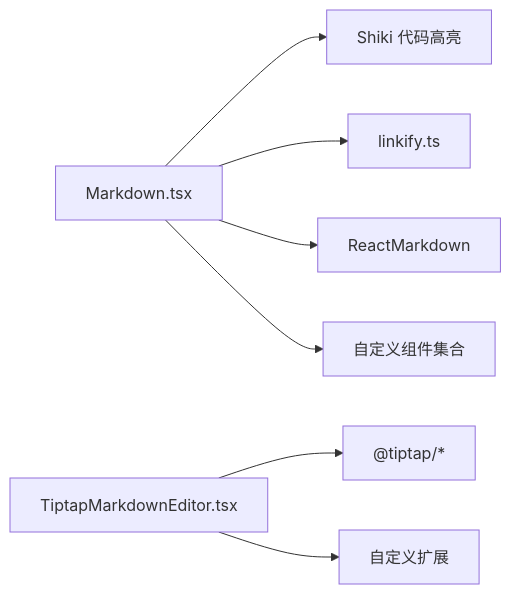
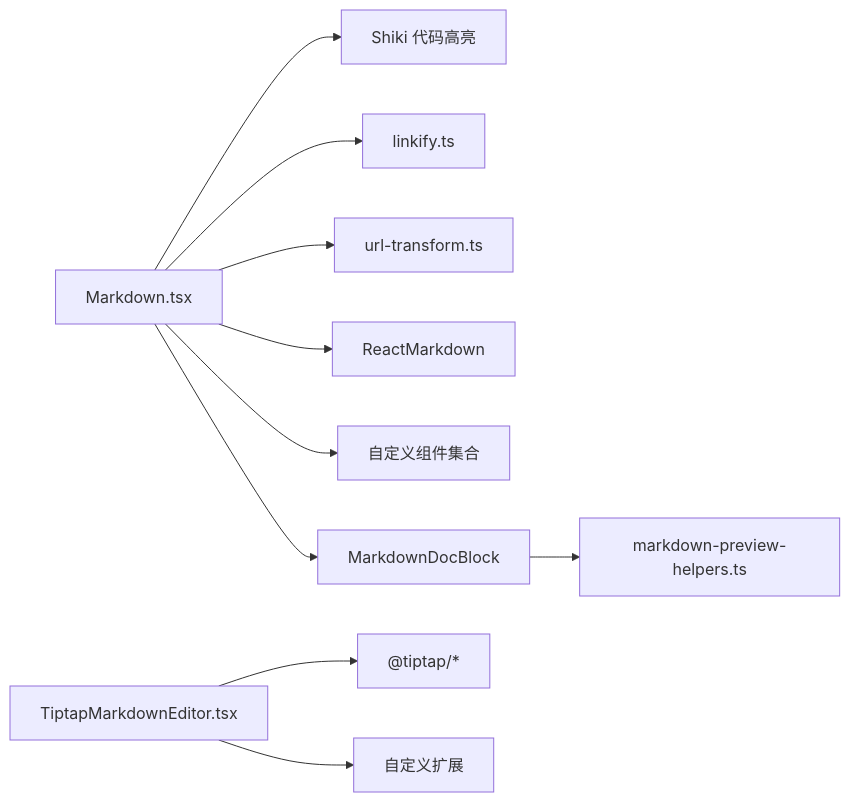
The tenth of 10 diagrams in .qoder/repowiki/zh/content/UI 组件库/Markdown 组件.md (haolange/craft-agents-oss), drawn with Mermaid before and after one commit. The commit also changed other lines of this file and 5 other files, not shown here.

````diff
--- a/.qoder/repowiki/zh/content/UI 组件库/Markdown 组件.md
+++ b/.qoder/repowiki/zh/content/UI 组件库/Markdown 组件.md
@@ -350,9 +456,12 @@
 ```mermaid
 graph LR
 MD["Markdown.tsx"] --> SH["Shiki 代码高亮"]
 MD --> LF["linkify.ts"]
+MD --> UT["url-transform.ts"]
 MD --> RC["ReactMarkdown"]
 MD --> PL["自定义组件集合"]
+MD --> MPD["MarkdownDocBlock"]
+MPD --> MPH["markdown-preview-helpers.ts"]
 TE["TiptapMarkdownEditor.tsx"] --> TK["@tiptap/*"]
 TE --> EXT["自定义扩展"]
 ```
````
